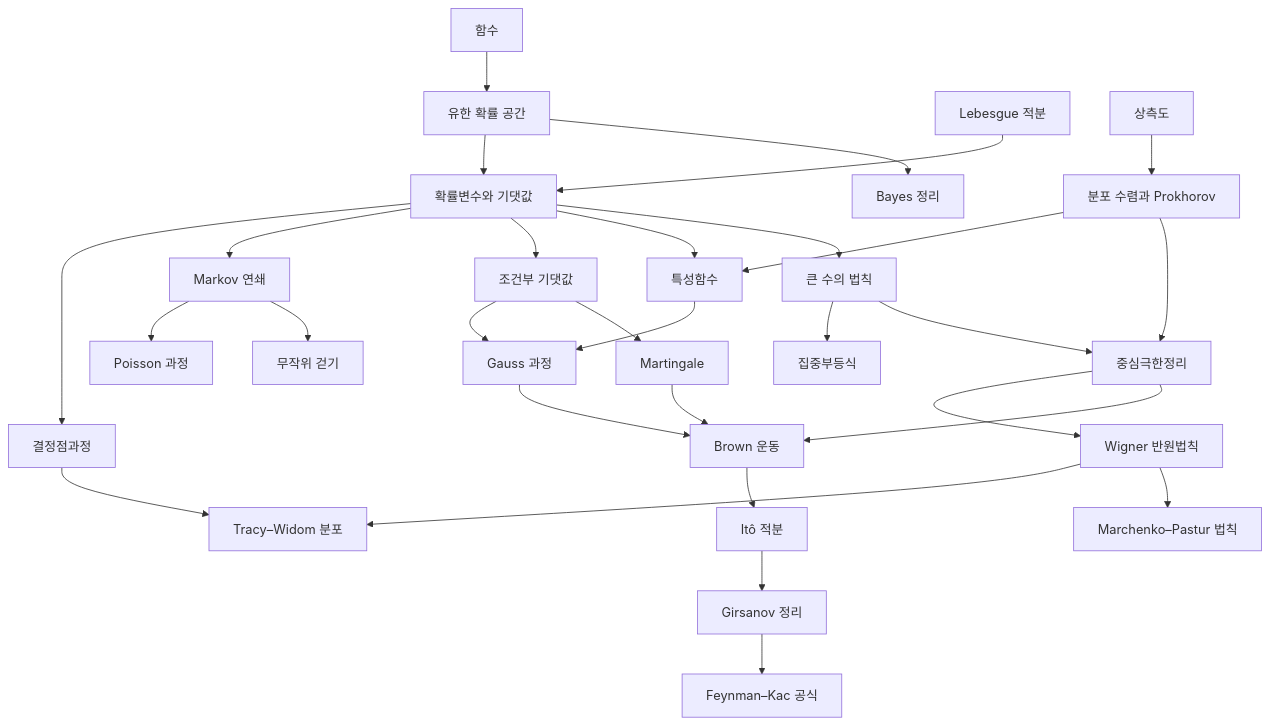
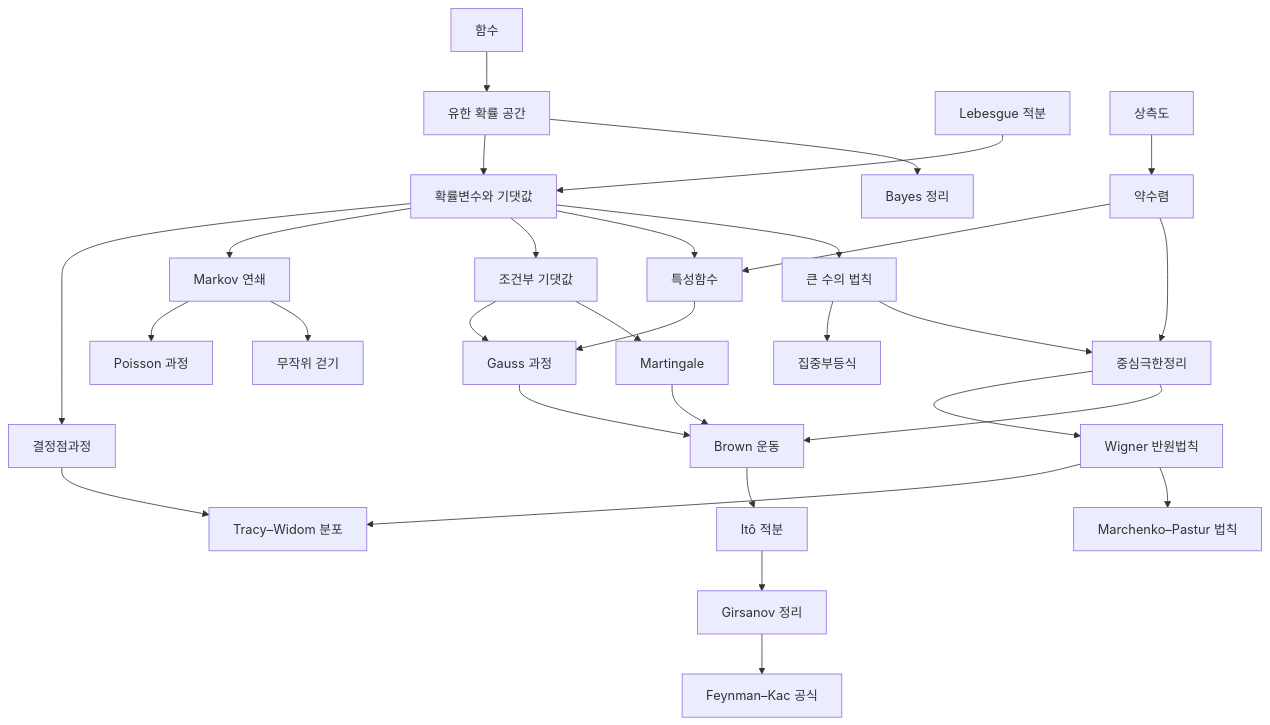
Before and after one commit to Phryxia/math-map: the diagram in docs/probability-overview.md, drawn with Mermaid. The commit also changed other lines of this file and 7 other files, not shown here.

````diff
--- a/docs/probability-overview.md
+++ b/docs/probability-overview.md
@@ -13,32 +13,32 @@
 ```mermaid
 graph TD
   FN["함수"] --> PR["유한 확률 공간"]
   PR --> BY["Bayes 정리"]
   PR --> RV["확률변수와 기댓값"]
   LI["Lebesgue 적분"] --> RV
-  PM["상측도"] --> WC["분포 수렴과 Prokhorov"]
+  PM["상측도"] --> WC["약수렴"]
   RV --> LLN["큰 수의 법칙"]
   LLN --> CLT["중심극한정리"]
   WC --> CLT
   WC --> CF["특성함수"]
   RV --> CF
   LLN --> CI["집중부등식"]
   RV --> CE["조건부 기댓값"]
   CE --> MG["Martingale"]
   RV --> MC["Markov 연쇄"]
   MC --> RW["무작위 걷기"]
   MC --> PP["Poisson 과정"]
   MG --> BM["Brown 운동"]
   CLT --> BM
   BM --> IT["Itô 적분"]
   IT --> GS["Girsanov 정리"]
   GS --> FK["Feynman–Kac 공식"]
   CLT --> WS["Wigner 반원법칙"]
   WS --> MP["Marchenko–Pastur 법칙"]
   WS --> TW["Tracy–Widom 분포"]
   RV --> DPP["결정점과정"]
   DPP --> TW
   CF --> GP["Gauss 과정"]
   CE --> GP
   GP --> BM
 ```
````
